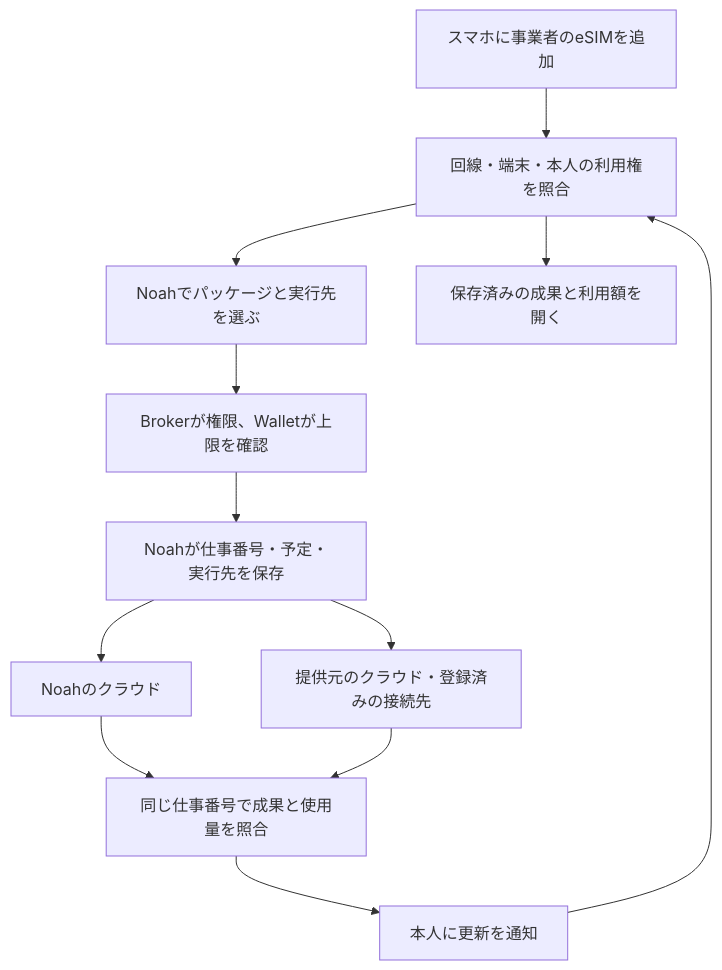
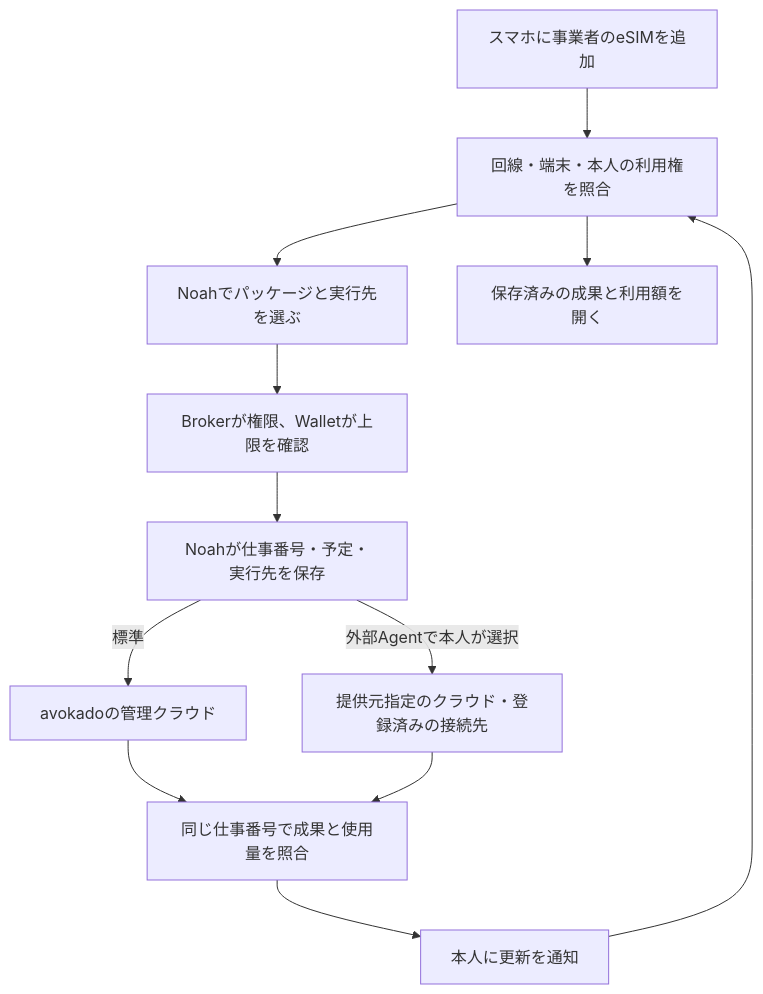
Before and after one commit to k999ln/rock: the diagram in docs/services/noah-own-device.md, drawn with Mermaid. The commit also changed other lines of this file and 6 other files, not shown here.

````diff
--- a/docs/services/noah-own-device.md
+++ b/docs/services/noah-own-device.md
@@ -11,14 +11,14 @@
 ```mermaid
 flowchart TD
     A["スマホに事業者のeSIMを追加"] --> G["回線・端末・本人の利用権を照合"]
     G --> N["Noahでパッケージと実行先を選ぶ"]
     N --> B["Brokerが権限、Walletが上限を確認"]
     B --> Q["Noahが仕事番号・予定・実行先を保存"]
-    Q --> L["Noahのクラウド"]
-    Q --> X["提供元のクラウド・登録済みの接続先"]
+    Q -->|標準| L["avokadoの管理クラウド"]
+    Q -->|外部Agentで本人が選択| X["提供元指定のクラウド・登録済みの接続先"]
     L --> R["同じ仕事番号で成果と使用量を照合"]
     X --> R
     R --> U["本人に更新を通知"]
     U --> G
     G --> V["保存済みの成果と利用額を開く"]
 ```
````
